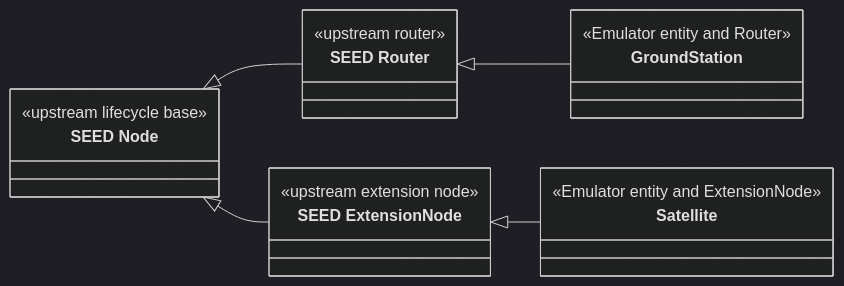
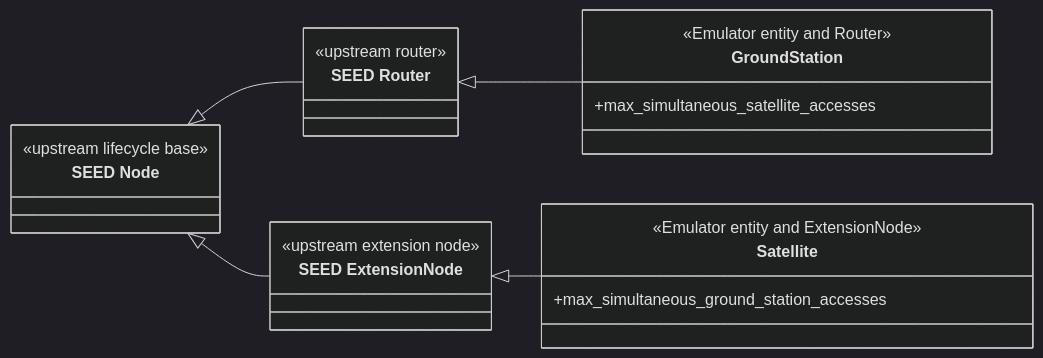
One commit to seed-labs/skyseed changed the second of 12 diagrams in skyseed_v2/docs/human-readable/object-model.md. Above: the diagram before and after it, drawn with Mermaid (dark theme). The commit also changed other lines of this file and 124 other files, not shown here.

````diff
--- a/skyseed_v2/docs/human-readable/object-model.md
+++ b/skyseed_v2/docs/human-readable/object-model.md
@@ -64,25 +66,27 @@
 ```mermaid
 classDiagram
     direction LR
 
     class SeedNode["SEED Node"] {
         <<upstream lifecycle base>>
     }
     class SeedRouter["SEED Router"] {
         <<upstream router>>
     }
     class SeedExtensionNode["SEED ExtensionNode"] {
         <<upstream extension node>>
     }
     class SatelliteEntity["Satellite"] {
         <<Emulator entity and ExtensionNode>>
+        +max_simultaneous_ground_station_accesses
     }
     class GroundStationEntity["GroundStation"] {
         <<Emulator entity and Router>>
+        +max_simultaneous_satellite_accesses
     }
 
     SeedNode <|-- SeedRouter
     SeedRouter <|-- GroundStationEntity
     SeedNode <|-- SeedExtensionNode
     SeedExtensionNode <|-- SatelliteEntity
 ```
````
